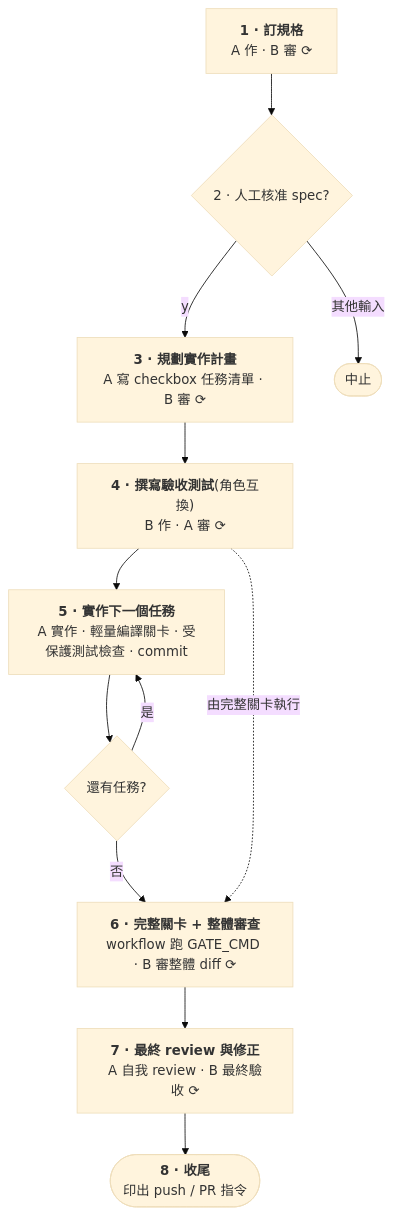
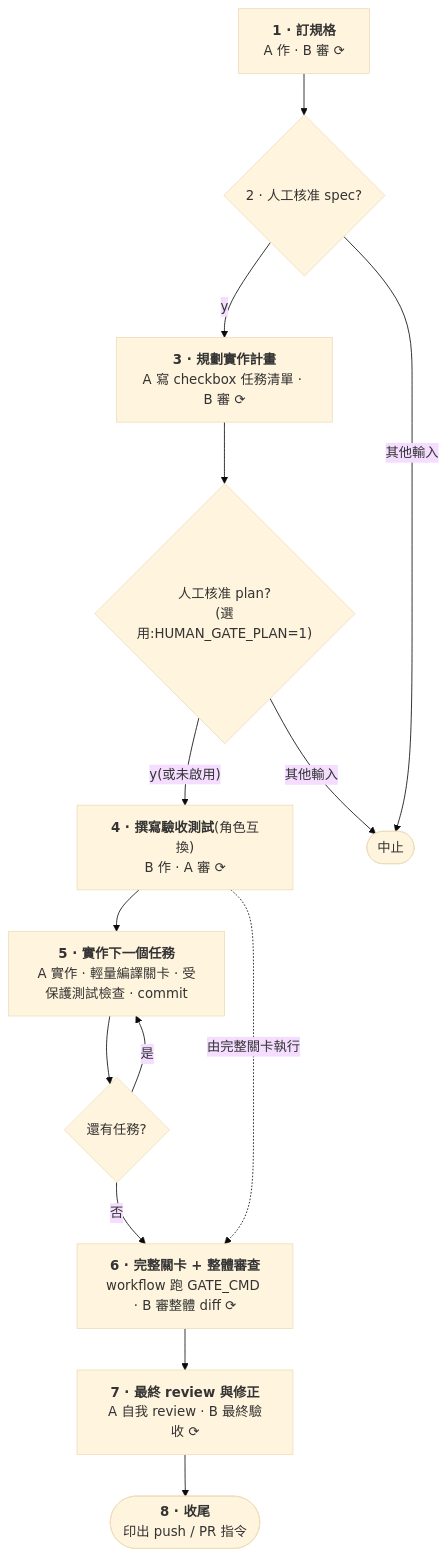
One commit to yhchiu/adversarial-ai-coding changed the first of 2 diagrams in README.zh-TW.md. Above: the diagram before and after it, drawn with Mermaid (base theme). The commit also changed other lines of this file and 2 other files, not shown here.

Commit message:
docs(readme): document the optional plan approval gate
Document HUMAN_GATE_PLAN in both READMEs and record it as a deliberate
addition on top of the bash behaviour.

- Flow diagrams: add an optional decision node between the plan stage and
  the acceptance-test stage. The numbered stages are left alone: the gate is
  off by default, so numbering it would imply it is part of the standard
  flow.
- Stage note 3: explain what the gate buys you (the plan is the task queue,
  so it is the last cheap checkpoint before implementation) and that, as
  with the spec gate, edits to plan.md are committed with it.
- Configuration tables: add the HUMAN_GATE_PLAN row, noting it is
  independent of HUMAN_GATE and needs an interactive terminal.
- Troubleshooting: the no-TTY entry now mentions that HUMAN_GATE_PLAN=1 is
  rejected at startup, before any AI call.
- python-port-parity.md: record the gate as a Python-only addition (bash
  gated only the spec) with the tests that pin it.

````diff
--- a/README.zh-TW.md
+++ b/README.zh-TW.md
@@ -20,21 +20,25 @@
 ```mermaid
 flowchart TD
     spec["<b>1 · 訂規格</b><br/>A 作 · B 審 ⟳"]
     gate{"2 · 人工核准 spec?"}
     plan["<b>3 · 規劃實作計畫</b><br/>A 寫 checkbox 任務清單 · B 審 ⟳"]
+    plangate{"人工核准 plan?<br/>(選用:HUMAN_GATE_PLAN=1)"}
     tests["<b>4 · 撰寫驗收測試</b>(角色互換)<br/>B 作 · A 審 ⟳"]
     task["<b>5 · 實作下一個任務</b><br/>A 實作 · 輕量編譯關卡 · 受保護測試檢查 · commit"]
     more{"還有任務?"}
     branch["<b>6 · 完整關卡 + 整體審查</b><br/>workflow 跑 GATE_CMD · B 審整體 diff ⟳"]
     final["<b>7 · 最終 review 與修正</b><br/>A 自我 review · B 最終驗收 ⟳"]
     fin(["<b>8 · 收尾</b><br/>印出 push / PR 指令"])
     abort(["中止"])
 
     spec --> gate
     gate -- "y" --> plan
     gate -- "其他輸入" --> abort
-    plan --> tests --> task --> more
+    plan --> plangate
+    plangate -- "y(或未啟用)" --> tests
+    plangate -- "其他輸入" --> abort
+    tests --> task --> more
     more -- "是" --> task
     more -- "否" --> branch --> final --> fin
     tests -. "由完整關卡執行" .-> branch
 ```
````
